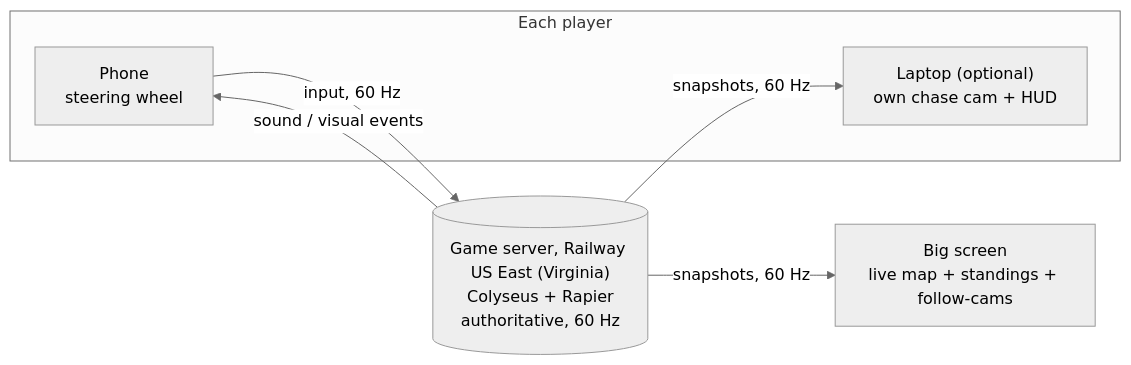
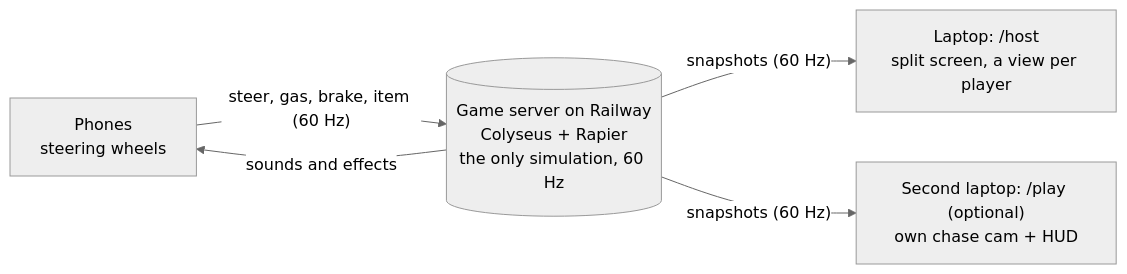
Before and after one commit to goraxyy/raceball: the diagram in README.md, drawn with Mermaid (neutral theme). The commit also changed other lines of this file, not shown here.

Commit message:
docs: rewrite the README around one laptop and a phone, the space theme and the Penn State map

````diff
--- a/README.md
+++ b/README.md
@@ -53,13 +55,11 @@
 ```mermaid
 flowchart LR
-  subgraph Each player
-    P["Phone<br/>steering wheel"]
-    L["Laptop (optional)<br/>own chase cam + HUD"]
-  end
-  S[("Game server, Railway US East (Virginia)<br/>Colyseus + Rapier<br/>authoritative, 60 Hz")]
-  B["Big screen<br/>live map + standings + follow-cams"]
-  P -- "input, 60 Hz" --> S
-  S -- "snapshots, 60 Hz" --> L
-  S -- "snapshots, 60 Hz" --> B
-  S -- "sound / visual events" --> P
+  P["Phones<br/>steering wheels"]
+  S[("Game server on Railway<br/>Colyseus + Rapier<br/>the only simulation, 60 Hz")]
+  B["Laptop: /host<br/>split screen, a view per player"]
+  L["Second laptop: /play (optional)<br/>own chase cam + HUD"]
+  P -- "steer, gas, brake, item (60 Hz)" --> S
+  S -- "snapshots (60 Hz)" --> B
+  S -- "snapshots (60 Hz)" --> L
+  S -- "sounds and effects" --> P
 ```
````
